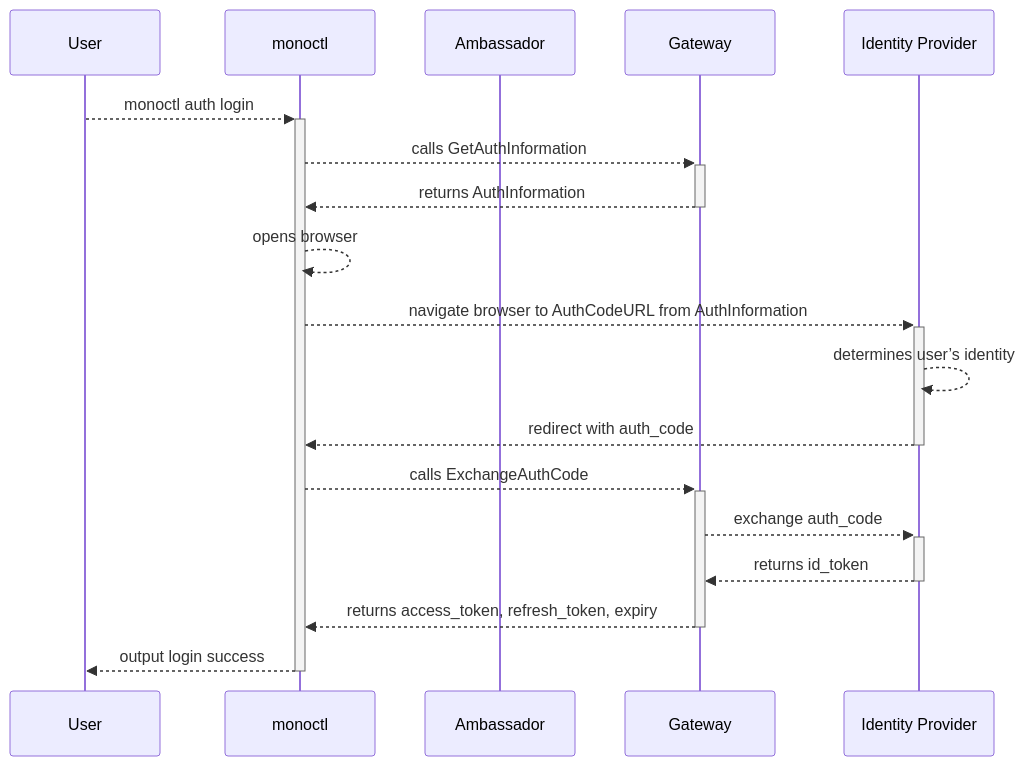
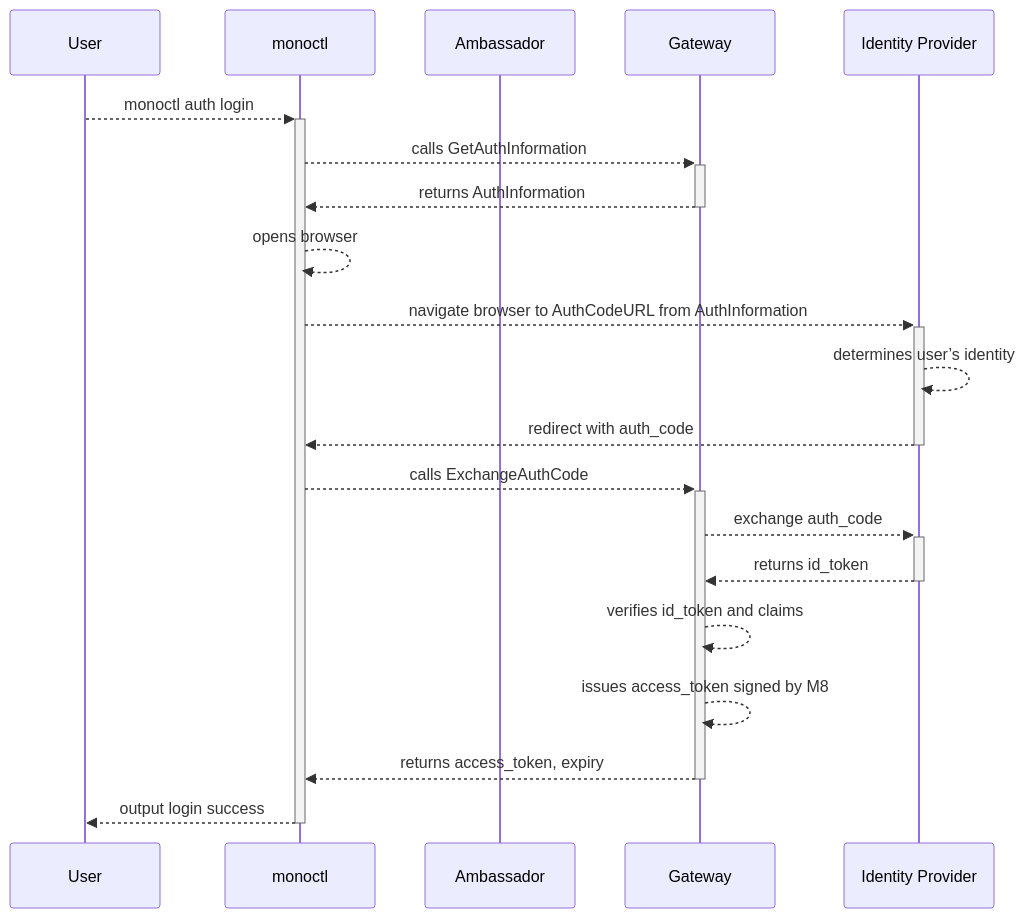
One commit to finleap-connect/monoskope changed the diagram in docs/flow-charts/sd-monoctl-auth.mmd. Above: the diagram before and after it, drawn with Mermaid. The commit also changed 7 other files, not shown here.

Commit message:
Update charts

```diff
--- a/docs/flow-charts/sd-monoctl-auth.mmd
+++ b/docs/flow-charts/sd-monoctl-auth.mmd
@@ -1,18 +1,20 @@
 sequenceDiagram
     participant U as User
     participant M as monoctl
     participant A as Ambassador
     participant G as Gateway
     participant I as Identity Provider
     U-->>+M: monoctl auth login
     M-->>+G: calls GetAuthInformation
     G-->>-M: returns AuthInformation
     M-->>M: opens browser
     M-->>+I: navigate browser to AuthCodeURL from AuthInformation
     I-->>I: determines user’s identity
     I-->>-M: redirect with auth_code
     M-->>+G: calls ExchangeAuthCode
     G-->>+I: exchange auth_code
     I-->>-G: returns id_token
-    G-->>-M: returns access_token, refresh_token, expiry
+    G-->>G: verifies id_token and claims
+    G-->>G: issues access_token signed by M8
+    G-->>-M: returns access_token, expiry
     M-->>-U: output login success
```
